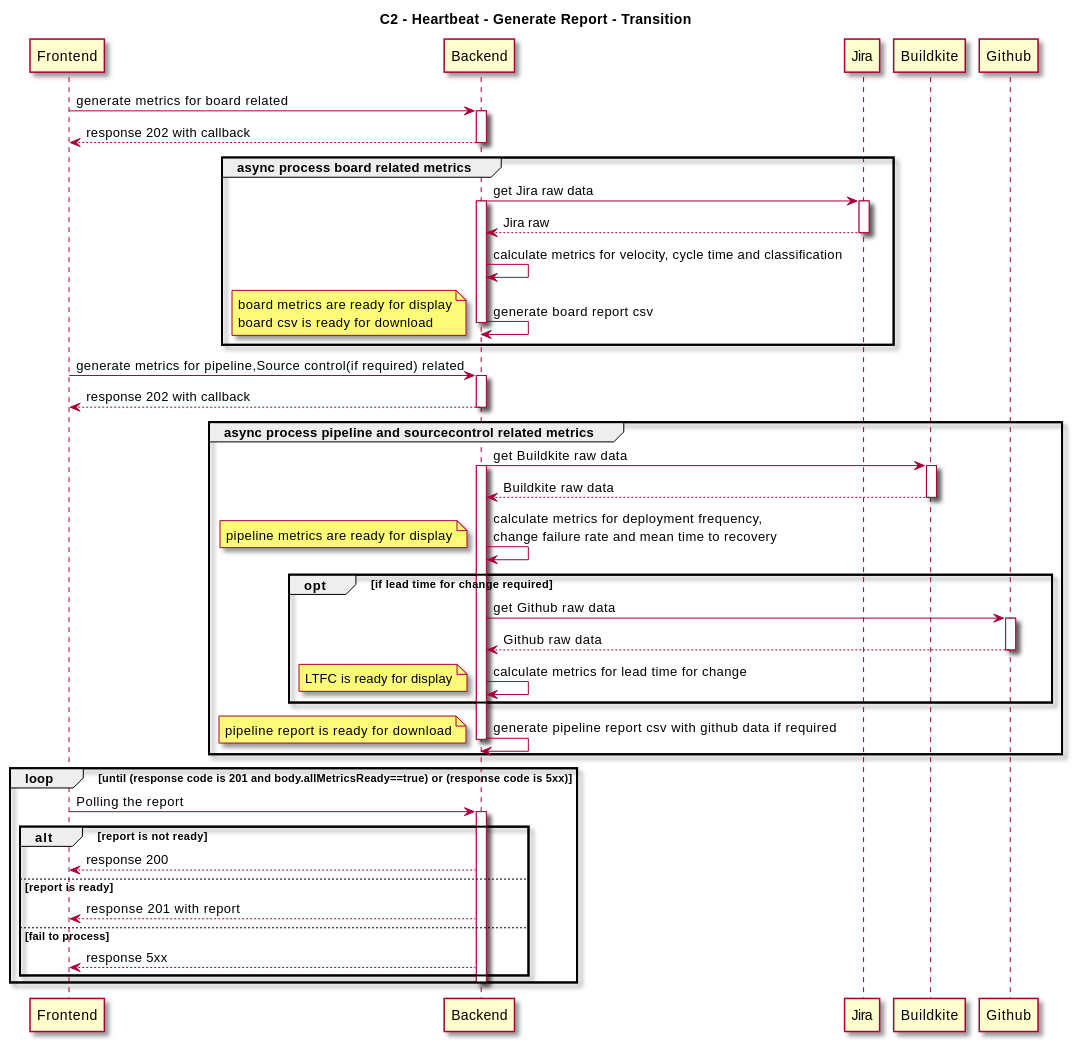
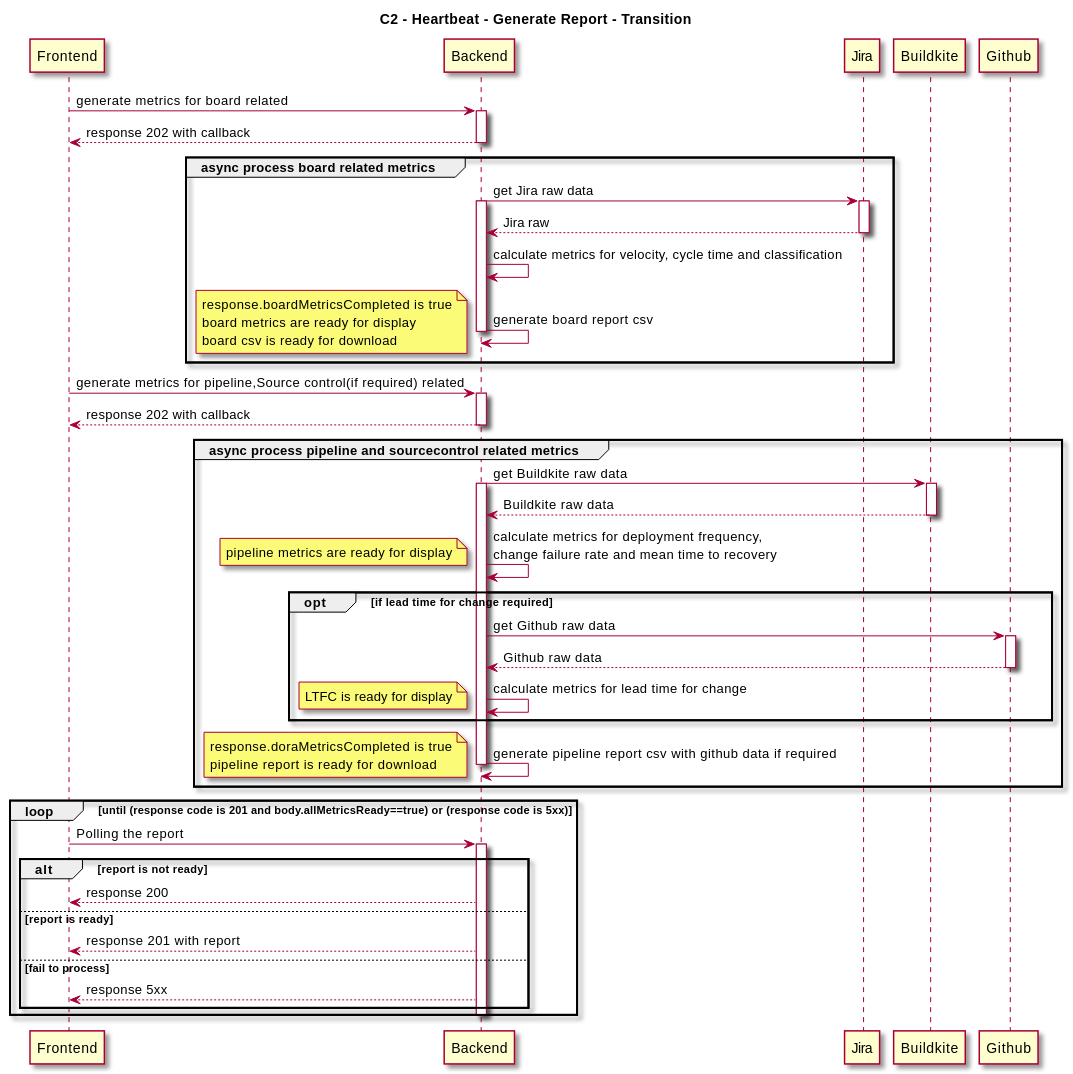
The third of 3 diagrams in docs/src/content/docs/en/designs/refinement-on-generate-report.mdx (thoughtworks/HeartBeat), drawn with PlantUML before and after one commit. The commit also changed other lines of this file and 14 other files, not shown here.

````diff
--- a/docs/src/content/docs/en/designs/refinement-on-generate-report.mdx
+++ b/docs/src/content/docs/en/designs/refinement-on-generate-report.mdx
@@ -190,77 +190,79 @@
 ```plantuml
 @startuml report
 skin rose
 title C2 - Heartbeat - Generate Report - Transition
 participant Frontend
 participant Backend
 participant Jira
 participant Buildkite
 participant Github
 
 Frontend -> Backend: generate metrics for board related
 activate Backend
 Backend --> Frontend: response 202 with callback
 deactivate Backend
 
 group async process board related metrics
     Backend -> Jira: get Jira raw data
     activate Backend
     activate Jira
     Jira --> Backend: Jira raw 
     deactivate Jira
     Backend -> Backend: calculate metrics for velocity, cycle time and classification
     Backend -> Backend: generate board report csv
     deactivate Backend
     note left
+        response.boardMetricsCompleted is true
         board metrics are ready for display
         board csv is ready for download
     end note
 end
 
 Frontend -> Backend: generate metrics for pipeline,Source control(if required) related
 activate Backend
 Backend --> Frontend: response 202 with callback
 deactivate Backend
 
 group async process pipeline and sourcecontrol related metrics
     Backend -> Buildkite: get Buildkite raw data
     activate Backend
     activate Buildkite
     Buildkite --> Backend: Buildkite raw data
     deactivate Buildkite
     Backend -> Backend: calculate metrics for deployment frequency, \nchange failure rate and mean time to recovery
     note left
         pipeline metrics are ready for display
     end note
     opt if lead time for change required
         Backend -> Github: get Github raw data
         activate  Github
         Github --> Backend: Github raw data
         deactivate Github
         Backend -> Backend: calculate metrics for lead time for change
         note left
             LTFC is ready for display
         end note
     end
     Backend -> Backend: generate pipeline report csv with github data if required
     note left
+        response.doraMetricsCompleted is true
         pipeline report is ready for download
     end note
     deactivate Backend
 end
 
 
 loop until (response code is 201 and body.allMetricsReady==true) or (response code is 5xx) 
     Frontend -> Backend: Polling the report
     activate Backend
     alt report is not ready
         Backend --> Frontend: response 200
     else report is ready
         Backend --> Frontend: response 201 with report
     else fail to process 
         Backend --> Frontend: response 5xx
     end
     deactivate Backend
 end 
 @enduml
 ```
````
